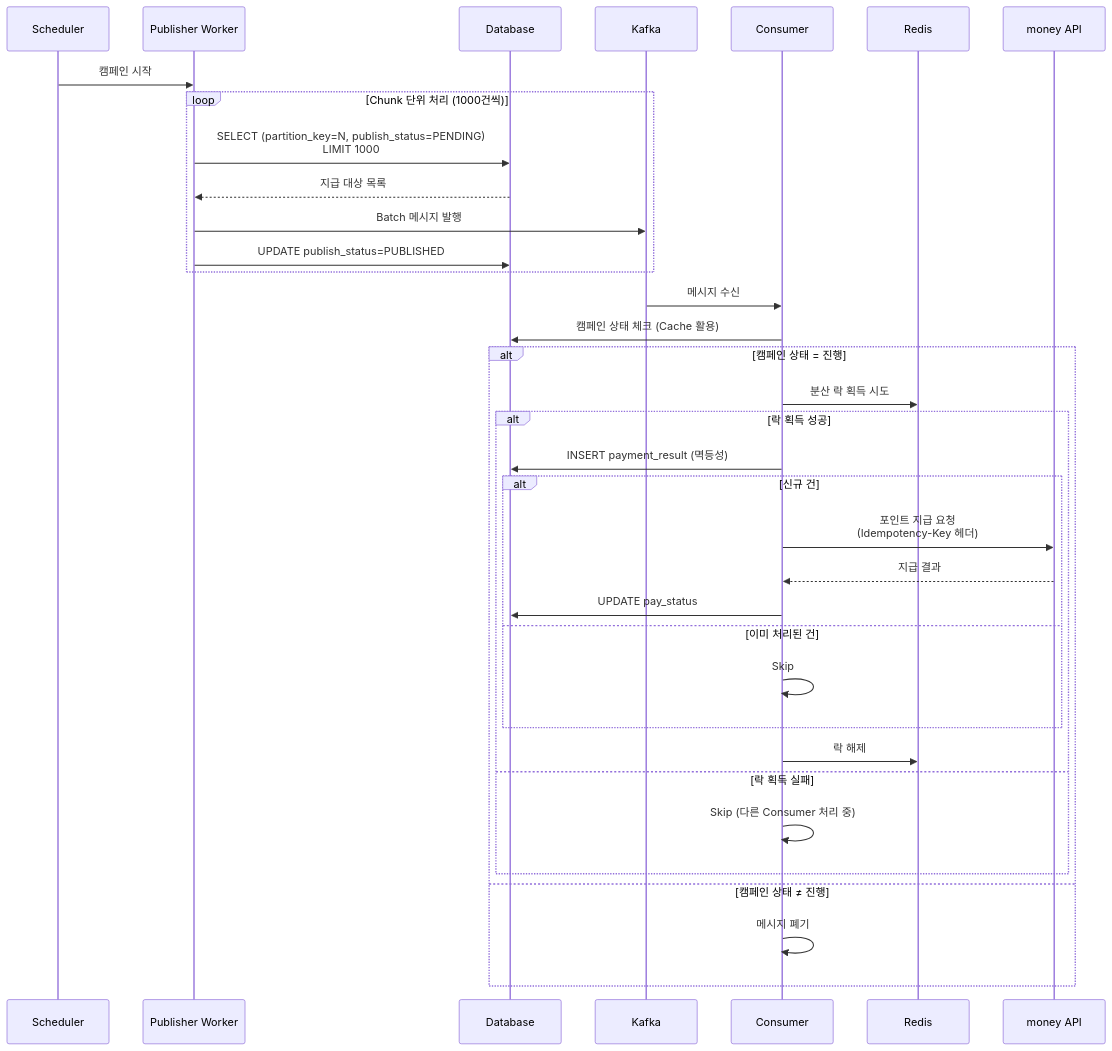
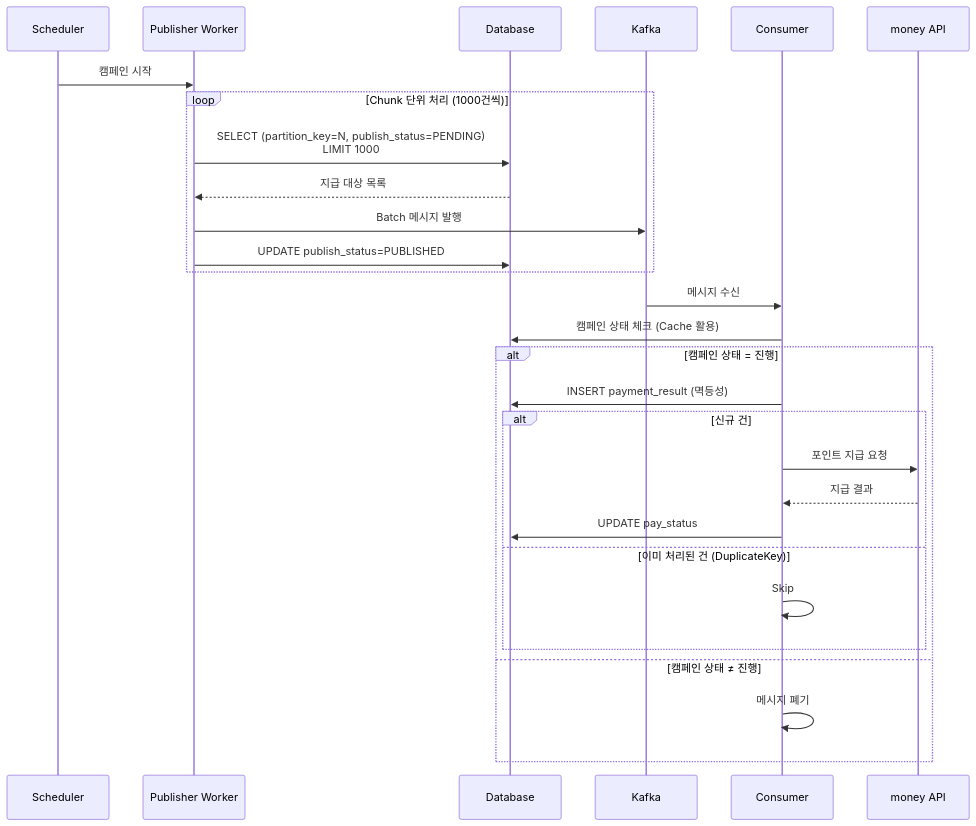
One commit to JiYoonKimjimmy/obsidian-vault changed the second of 6 diagrams in 1. Project/2026_MP_대량 포인트 지급 시스템/02_Architecture.md. Above: the diagram before and after it, drawn with Mermaid. The commit also changed other lines of this file and 1 other file, not shown here.

````diff
--- a/1. Project/2026_MP_대량 포인트 지급 시스템/02_Architecture.md
+++ b/1. Project/2026_MP_대량 포인트 지급 시스템/02_Architecture.md
@@ -90,41 +89,34 @@
 ```mermaid
 sequenceDiagram
     participant S as Scheduler
     participant P as Publisher Worker
     participant DB as Database
     participant K as Kafka
     participant C as Consumer
-    participant R as Redis
     participant M as money API
 
     S->>P: 캠페인 시작
     
     loop Chunk 단위 처리 (1000건씩)
         P->>DB: SELECT (partition_key=N, publish_status=PENDING)<br/>LIMIT 1000
         DB-->>P: 지급 대상 목록
         P->>K: Batch 메시지 발행
         P->>DB: UPDATE publish_status=PUBLISHED
     end
     
     K->>C: 메시지 수신
     C->>DB: 캠페인 상태 체크 (Cache 활용)
     
     alt 캠페인 상태 = 진행
-        C->>R: 분산 락 획득 시도
-        alt 락 획득 성공
-            C->>DB: INSERT payment_result (멱등성)
-            alt 신규 건
-                C->>M: 포인트 지급 요청<br/>(Idempotency-Key 헤더)
-                M-->>C: 지급 결과
-                C->>DB: UPDATE pay_status
-            else 이미 처리된 건
-                C->>C: Skip
-            end
-            C->>R: 락 해제
-        else 락 획득 실패
-            C->>C: Skip (다른 Consumer 처리 중)
+        C->>DB: INSERT payment_result (멱등성)
+        alt 신규 건
+            C->>M: 포인트 지급 요청
+            M-->>C: 지급 결과
+            C->>DB: UPDATE pay_status
+        else 이미 처리된 건 (DuplicateKey)
+            C->>C: Skip
         end
     else 캠페인 상태 ≠ 진행
         C->>C: 메시지 폐기
     end
 ```
````
